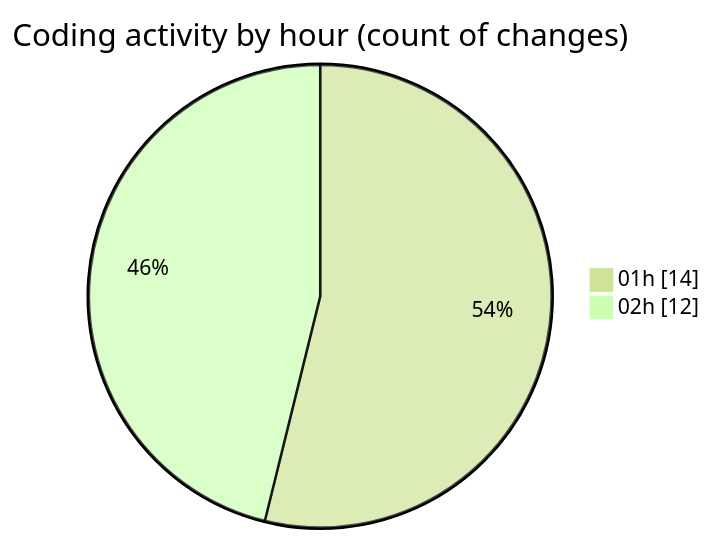
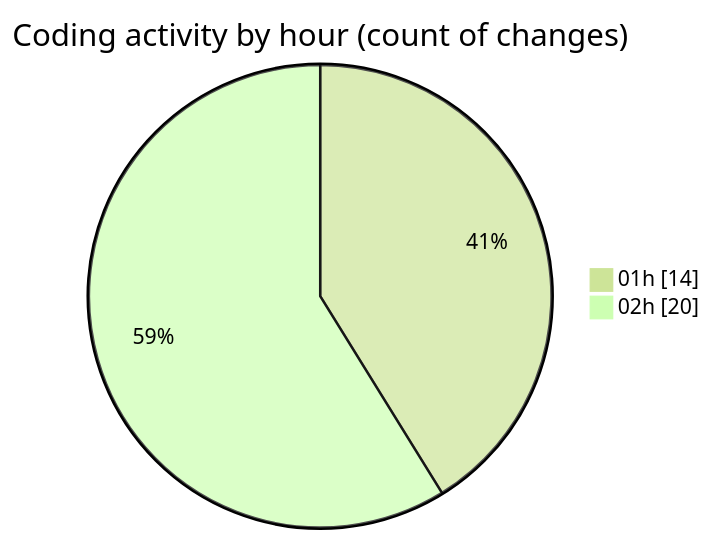
Before and after one commit to jrari/code-tracking: the second of 2 diagrams in 2025-07-13/telebot/README.md, drawn with Mermaid (forest theme). The commit also changed other lines of this file and 1 other file, not shown here.

````diff
--- a/2025-07-13/telebot/README.md
+++ b/2025-07-13/telebot/README.md
@@ -44,6 +46,6 @@
 ```mermaid
 pie showData
 title Coding activity by hour (count of changes)
 "01h" : 14
-"02h" : 12
+"02h" : 20
 ```
````
